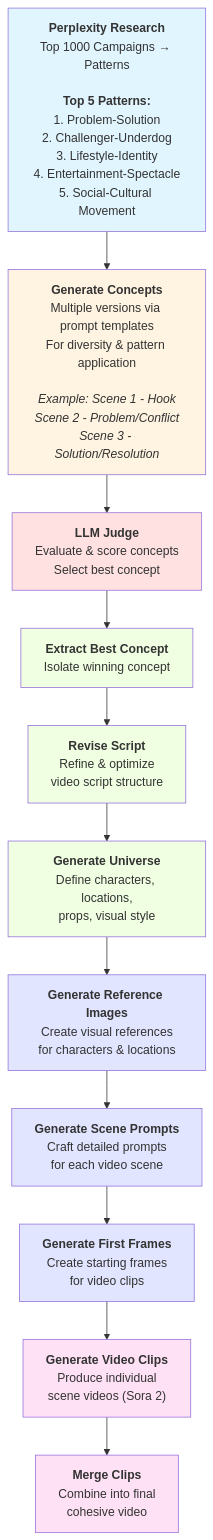
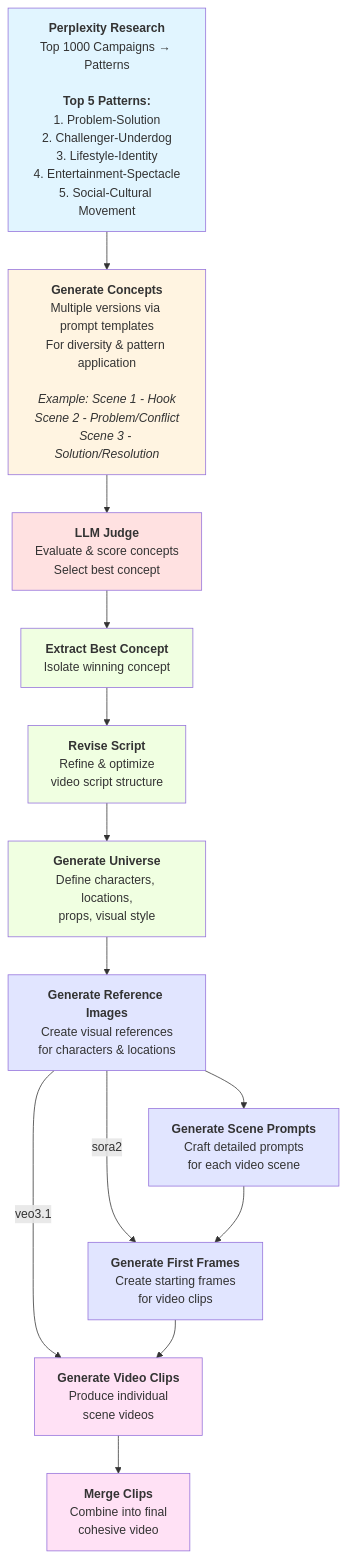
One commit to karinje/video-pipeline-python changed the diagram in PIPELINE_ARCHITECTURE.md. Above: the diagram before and after it, drawn with Mermaid.

Commit message:
Add sora2 and veo3.1 pathways from reference images

````diff
--- a/PIPELINE_ARCHITECTURE.md
+++ b/PIPELINE_ARCHITECTURE.md
@@ -7,36 +7,38 @@
 ```mermaid
 flowchart TD
     A["<b>Perplexity Research</b><br/>Top 1000 Campaigns → Patterns<br/><br/><b>Top 5 Patterns:</b><br/>1. Problem-Solution<br/>2. Challenger-Underdog<br/>3. Lifestyle-Identity<br/>4. Entertainment-Spectacle<br/>5. Social-Cultural Movement"] --> B
     
     B["<b>Generate Concepts</b><br/>Multiple versions via prompt templates<br/>For diversity & pattern application<br/><br/><i>Example: Scene 1 - Hook</i><br/><i>Scene 2 - Problem/Conflict</i><br/><i>Scene 3 - Solution/Resolution</i>"] --> C
     
     C["<b>LLM Judge</b><br/>Evaluate & score concepts<br/>Select best concept"] --> D
     
     D["<b>Extract Best Concept</b><br/>Isolate winning concept"] --> E
     
     E["<b>Revise Script</b><br/>Refine & optimize<br/>video script structure"] --> F
     
     F["<b>Generate Universe</b><br/>Define characters, locations,<br/>props, visual style"] --> G
     
     G["<b>Generate Reference Images</b><br/>Create visual references<br/>for characters & locations"] --> H
+    G -->|sora2| I
+    G -->|veo3.1| J
     
     H["<b>Generate Scene Prompts</b><br/>Craft detailed prompts<br/>for each video scene"] --> I
     
     I["<b>Generate First Frames</b><br/>Create starting frames<br/>for video clips"] --> J
     
-    J["<b>Generate Video Clips</b><br/>Produce individual<br/>scene videos (Sora 2)"] --> K
+    J["<b>Generate Video Clips</b><br/>Produce individual<br/>scene videos"] --> K
     
     K["<b>Merge Clips</b><br/>Combine into final<br/>cohesive video"]
     
     style A fill:#e1f5ff
     style B fill:#fff4e1
     style C fill:#ffe1e1
     style D fill:#f0ffe1
     style E fill:#f0ffe1
     style F fill:#f0ffe1
     style G fill:#e1e5ff
     style H fill:#e1e5ff
     style I fill:#e1e5ff
     style J fill:#ffe1f5
     style K fill:#ffe1f5
 ```
````
